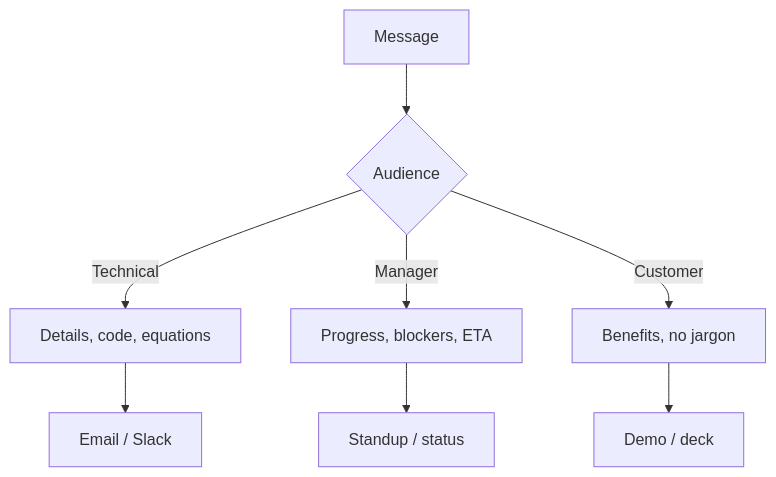
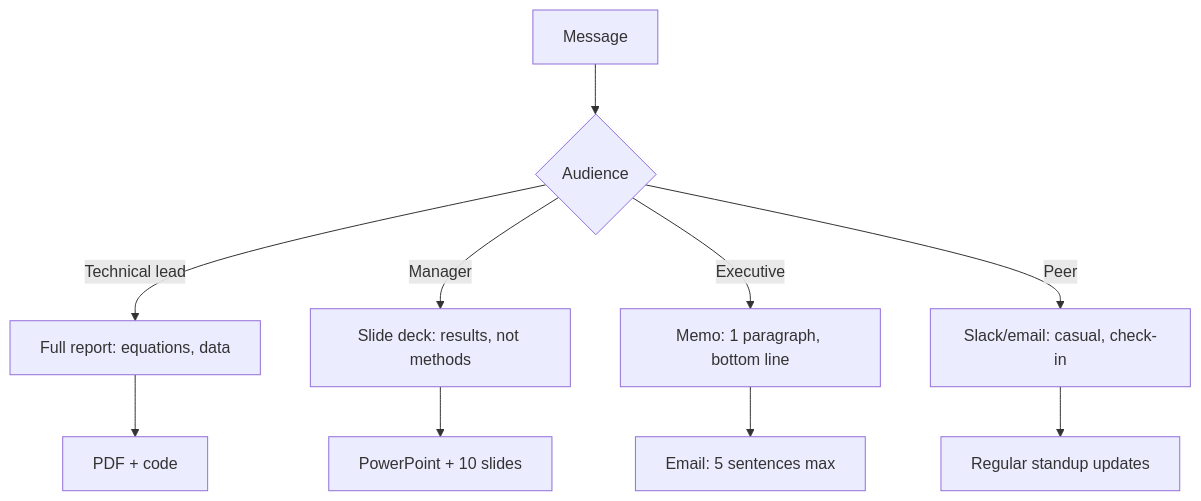
Before and after one commit to yip-lgtm/PhysicsSelfStudy: the seventh of 9 diagrams in 01_BSc_Physics/electives/PHYS_3060_Physics_Internship/README.md, drawn with Mermaid. The commit also changed other lines of this file and 4 other files, not shown here.

````diff
--- a/01_BSc_Physics/electives/PHYS_3060_Physics_Internship/README.md
+++ b/01_BSc_Physics/electives/PHYS_3060_Physics_Internship/README.md
@@ -145,10 +611,12 @@
 ```mermaid
 graph TD
     A[Message] --> B{Audience}
-    B -->|Technical| C[Details, code, equations]
-    B -->|Manager| D[Progress, blockers, ETA]
-    B -->|Customer| E[Benefits, no jargon]
-    C --> F[Email / Slack]
-    D --> G[Standup / status]
-    E --> H[Demo / deck]
+    B -->|Technical lead| C[Full report: equations, data]
+    B -->|Manager| D[Slide deck: results, not methods]
+    B -->|Executive| E[Memo: 1 paragraph, bottom line]
+    B -->|Peer| F[Slack/email: casual, check-in]
+    C --> G[PDF + code]
+    D --> H[PowerPoint + 10 slides]
+    E --> I[Email: 5 sentences max]
+    F --> J[Regular standup updates]
 ```
````
